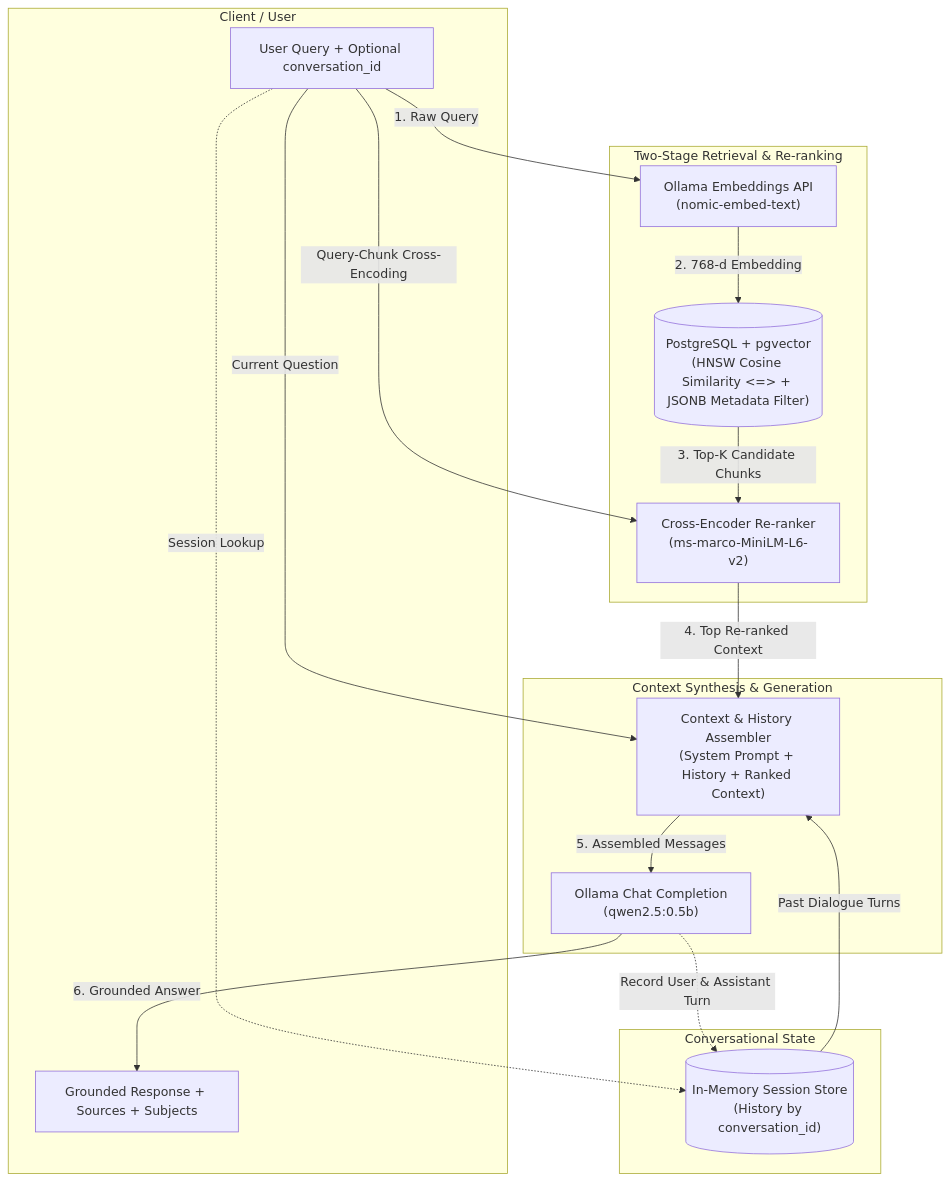
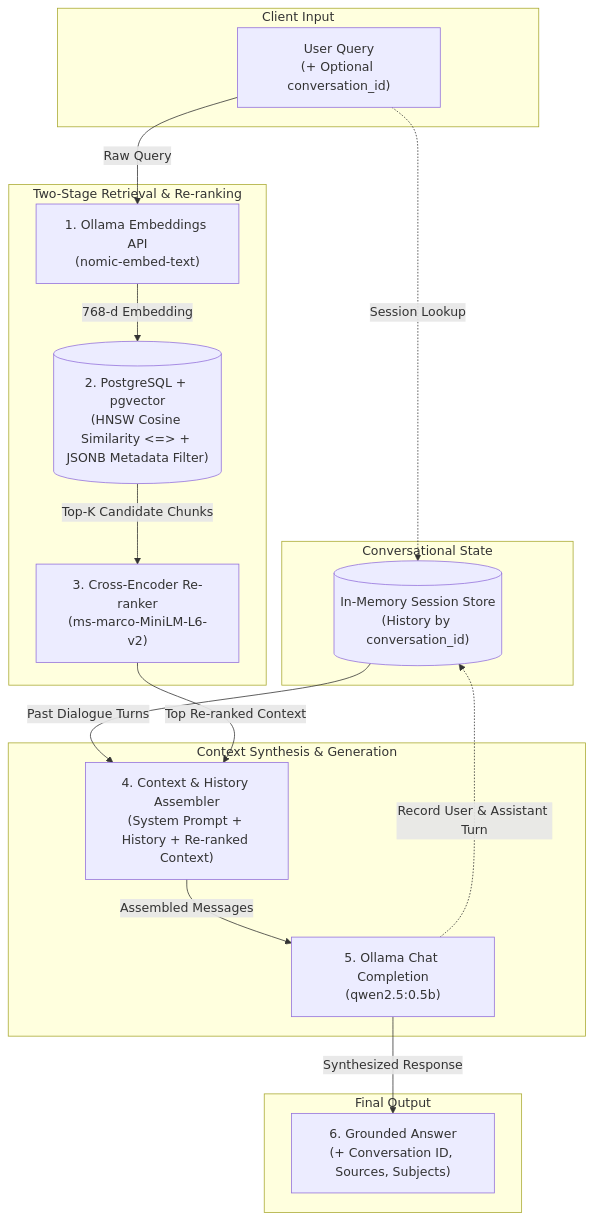
The first of 2 diagrams in README.md (rayen-segni/AI-Education-RAG-Assistant), drawn with Mermaid before and after one commit.

Commit message:
Update RAG & Retrieval Architecture Doucmentation Graph

````diff
--- a/README.md
+++ b/README.md
@@ -207,34 +207,37 @@
 ```mermaid
 flowchart TD
-    subgraph Client["Client / User"]
-        UQ["User Query + Optional conversation_id"]
-        RESP["Grounded Response + Sources + Subjects"]
-    end
-
     subgraph Memory["Conversational State"]
         HIST[("In-Memory Session Store\n(History by conversation_id)")]
     end
 
+    subgraph InputStage["Client Input"]
+        UQ["User Query\n(+ Optional conversation_id)"]
+    end
+
     subgraph Retrieval["Two-Stage Retrieval & Re-ranking"]
-        EMB["Ollama Embeddings API\n(nomic-embed-text)"]
-        VEC[("PostgreSQL + pgvector\n(HNSW Cosine Similarity &lt;=&gt; + JSONB Metadata Filter)")]
-        RERANK["Cross-Encoder Re-ranker\n(ms-marco-MiniLM-L6-v2)"]
+        EMB["1. Ollama Embeddings API\n(nomic-embed-text)"]
+        VEC[("2. PostgreSQL + pgvector\n(HNSW Cosine Similarity &lt;=&gt; + JSONB Metadata Filter)")]
+        RERANK["3. Cross-Encoder Re-ranker\n(ms-marco-MiniLM-L6-v2)"]
     end
 
     subgraph Synthesis["Context Synthesis & Generation"]
-        PROMPT["Context & History Assembler\n(System Prompt + History + Ranked Context)"]
-        LLM["Ollama Chat Completion\n(qwen2.5:0.5b)"]
+        PROMPT["4. Context & History Assembler\n(System Prompt + History + Re-ranked Context)"]
+        LLM["5. Ollama Chat Completion\n(qwen2.5:0.5b)"]
     end
 
-    UQ -->|"1. Raw Query"| EMB
+    subgraph OutputStage["Final Output"]
+        RESP["6. Grounded Answer\n(+ Conversation ID, Sources, Subjects)"]
+    end
+
     UQ -.->|"Session Lookup"| HIST
-    EMB -->|"2. 768-d Embedding"| VEC
-    VEC -->|"3. Top-K Candidate Chunks"| RERANK
-    UQ -->|"Query-Chunk Cross-Encoding"| RERANK
-    RERANK -->|"4. Top Re-ranked Context"| PROMPT
+    UQ -->|"Raw Query"| EMB
     HIST -->|"Past Dialogue Turns"| PROMPT
-    UQ -->|"Current Question"| PROMPT
-    PROMPT -->|"5. Assembled Messages"| LLM
-    LLM -->|"6. Grounded Answer"| RESP
+
+    EMB -->|"768-d Embedding"| VEC
+    VEC -->|"Top-K Candidate Chunks"| RERANK
+    RERANK -->|"Top Re-ranked Context"| PROMPT
+
+    PROMPT -->|"Assembled Messages"| LLM
     LLM -.->|"Record User & Assistant Turn"| HIST
+    LLM -->|"Synthesized Response"| RESP
 ```
````
